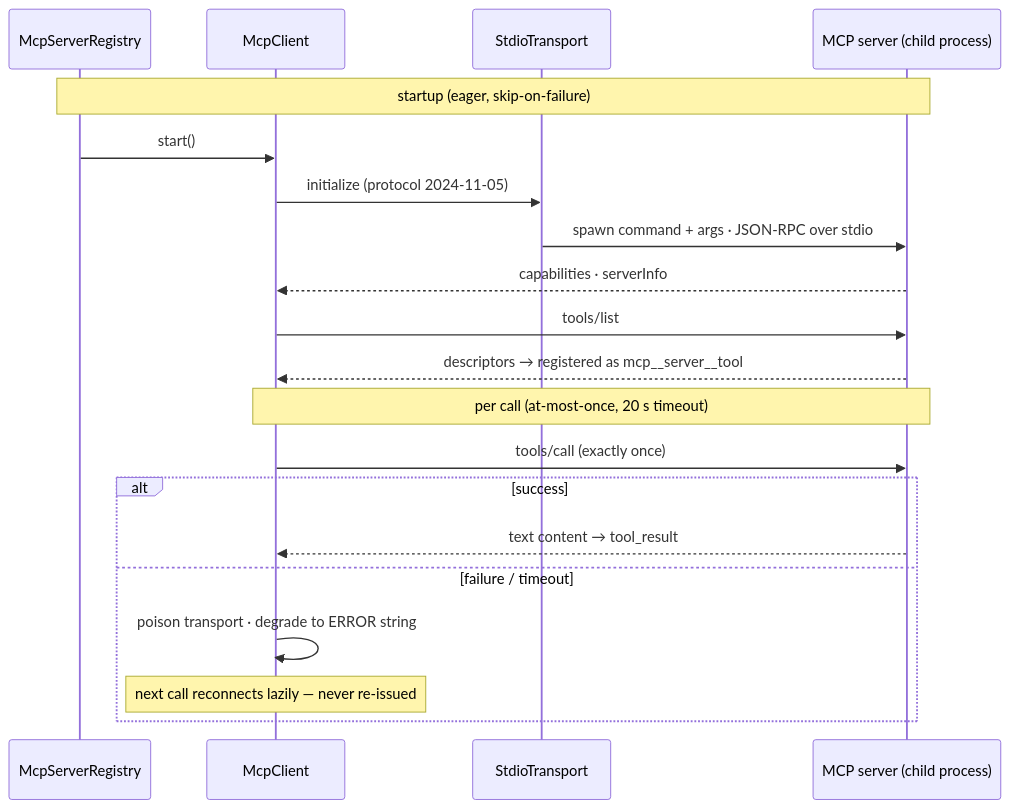
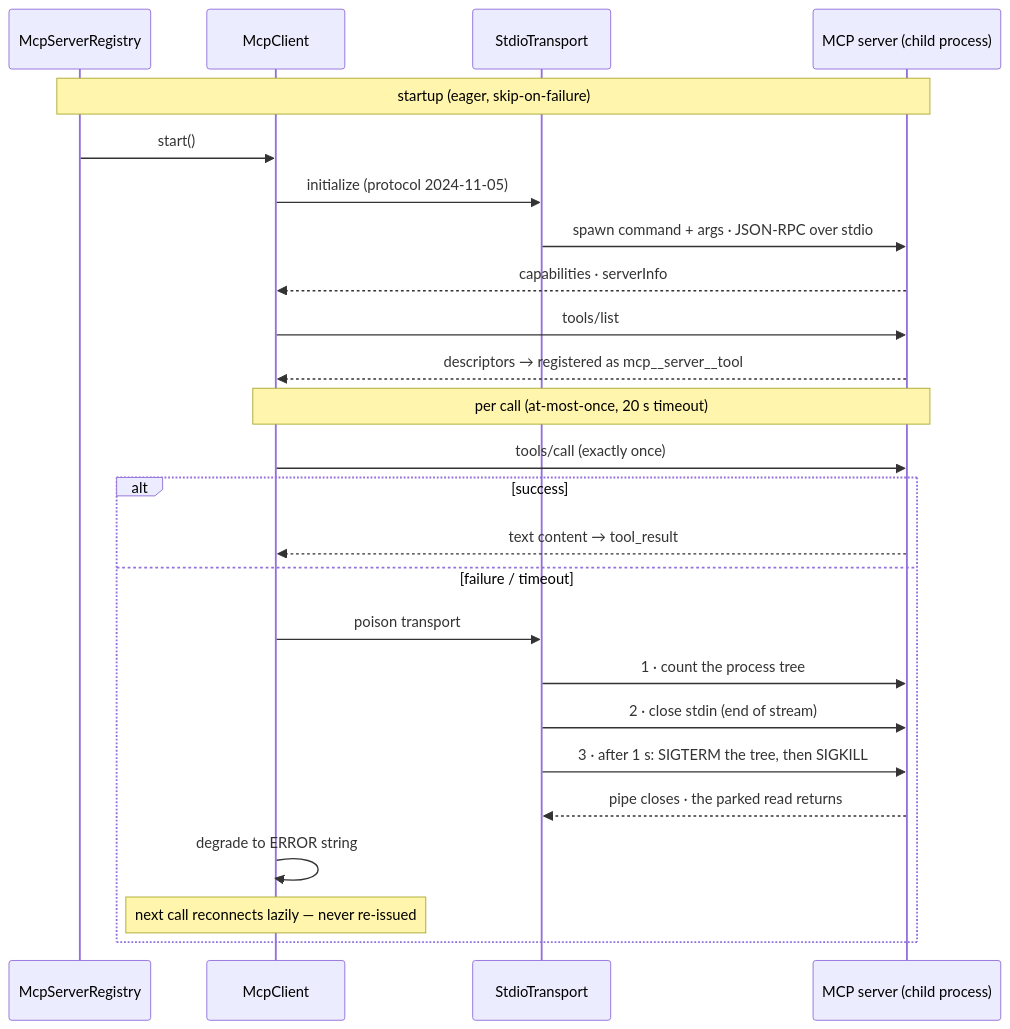
Before and after one commit to spectroscope/spectroscope: the diagram in docs/guide-assets/mermaid-src/08-mcp-seq.mmd, drawn with Mermaid. The commit also changed 10 other files, not shown here.

```diff
--- a/docs/guide-assets/mermaid-src/08-mcp-seq.mmd
+++ b/docs/guide-assets/mermaid-src/08-mcp-seq.mmd
@@ -1,20 +1,25 @@
 sequenceDiagram
     participant R as McpServerRegistry
     participant C as McpClient
     participant T as StdioTransport
     participant S as MCP server (child process)
     Note over R,S: startup (eager, skip-on-failure)
     R->>C: start()
     C->>T: initialize (protocol 2024-11-05)
     T->>S: spawn command + args · JSON-RPC over stdio
     S-->>C: capabilities · serverInfo
     C->>S: tools/list
     S-->>C: descriptors → registered as mcp__server__tool
     Note over C,S: per call (at-most-once, 20 s timeout)
     C->>S: tools/call (exactly once)
     alt success
         S-->>C: text content → tool_result
     else failure / timeout
-        C->>C: poison transport · degrade to ERROR string
+        C->>T: poison transport
+        T->>S: 1 · count the process tree
+        T->>S: 2 · close stdin (end of stream)
+        T->>S: 3 · after 1 s: SIGTERM the tree, then SIGKILL
+        S-->>T: pipe closes · the parked read returns
+        C->>C: degrade to ERROR string
         Note over C: next call reconnects lazily — never re-issued
     end
```
